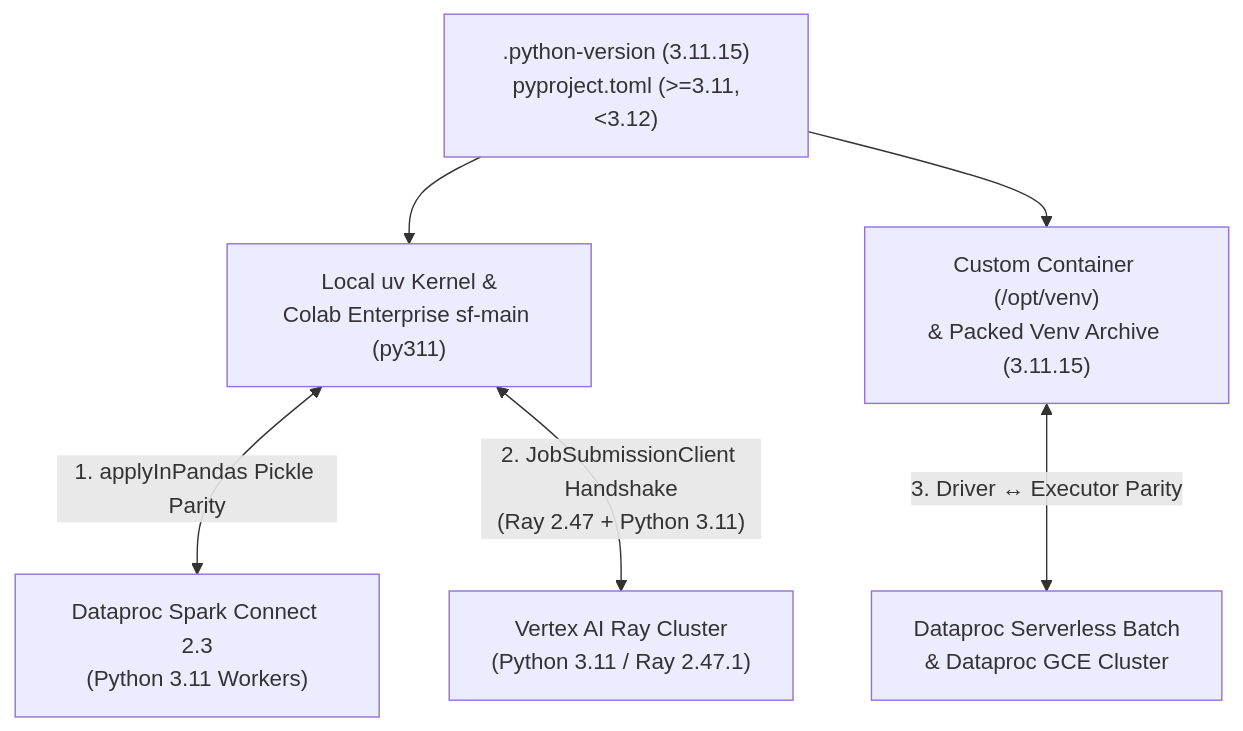
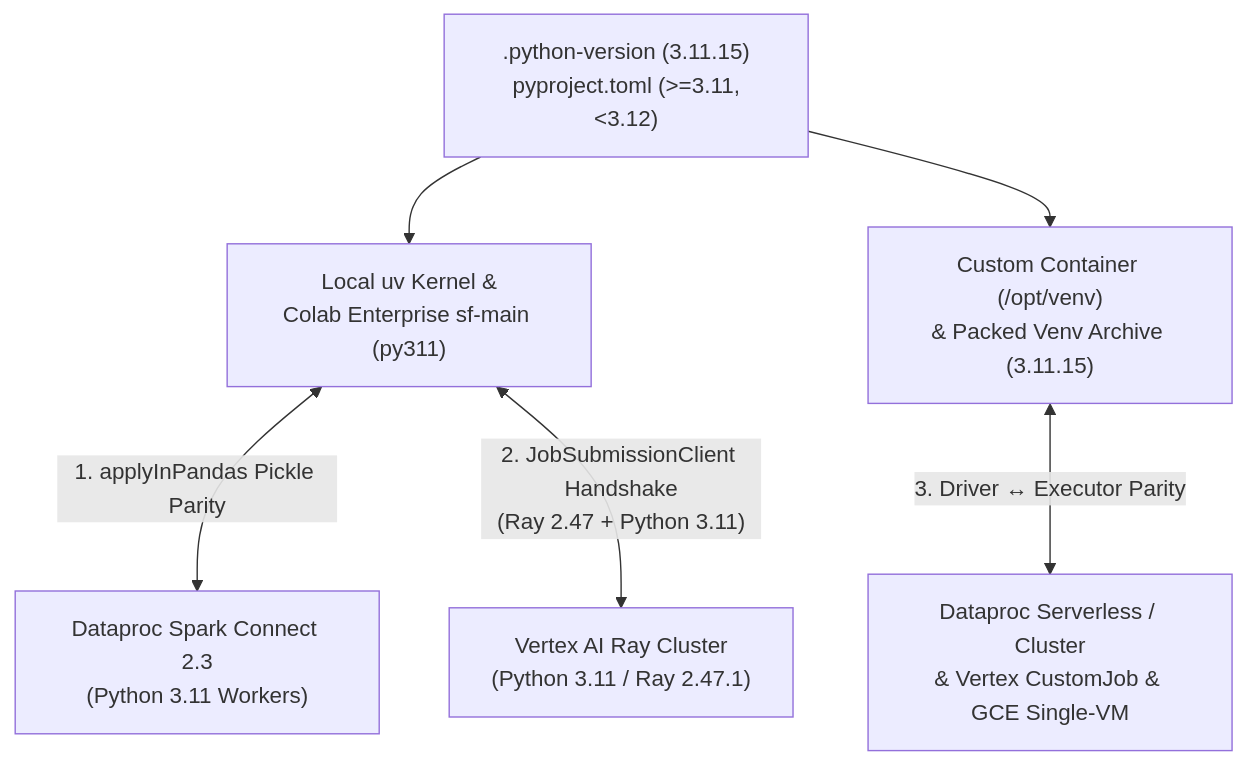
Before and after one commit to statmike/scale-forecasting: the diagram in docs/version_matrix.md, drawn with Mermaid. The commit also changed 69 other files, not shown here.

First line of the commit message:
feat(compute): add vertex and gce runtimes, unified compute params, GPU-VM catalog, and AGENTS.md

````diff
--- a/docs/version_matrix.md
+++ b/docs/version_matrix.md
@@ -21,9 +21,9 @@
 ```mermaid
 flowchart TD
     Pin[".python-version (3.11.15)\npyproject.toml (>=3.11,<3.12)"]
     Pin --> Kernel["Local uv Kernel &\nColab Enterprise sf-main (py311)"]
     Pin --> Container["Custom Container (/opt/venv)\n& Packed Venv Archive (3.11.15)"]
     Kernel <-->|"1. applyInPandas Pickle Parity"| Connect["Dataproc Spark Connect 2.3\n(Python 3.11 Workers)"]
     Kernel <-->|"2. JobSubmissionClient Handshake\n(Ray 2.47 + Python 3.11)"| VertexRay["Vertex AI Ray Cluster\n(Python 3.11 / Ray 2.47.1)"]
-    Container <-->|"3. Driver ↔ Executor Parity"| Batch["Dataproc Serverless Batch\n& Dataproc GCE Cluster"]
+    Container <-->|"3. Driver ↔ Executor Parity"| Batch["Dataproc Serverless / Cluster\n& Vertex CustomJob & GCE Single-VM"]
 ```
````
